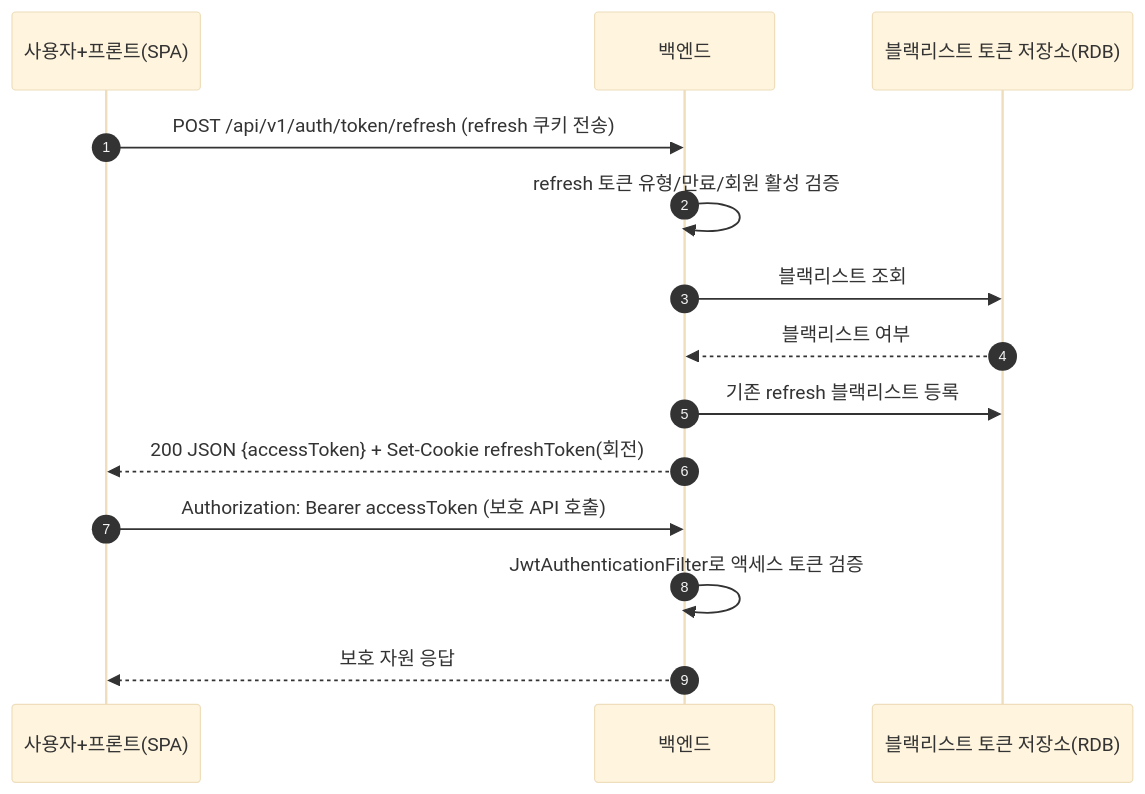
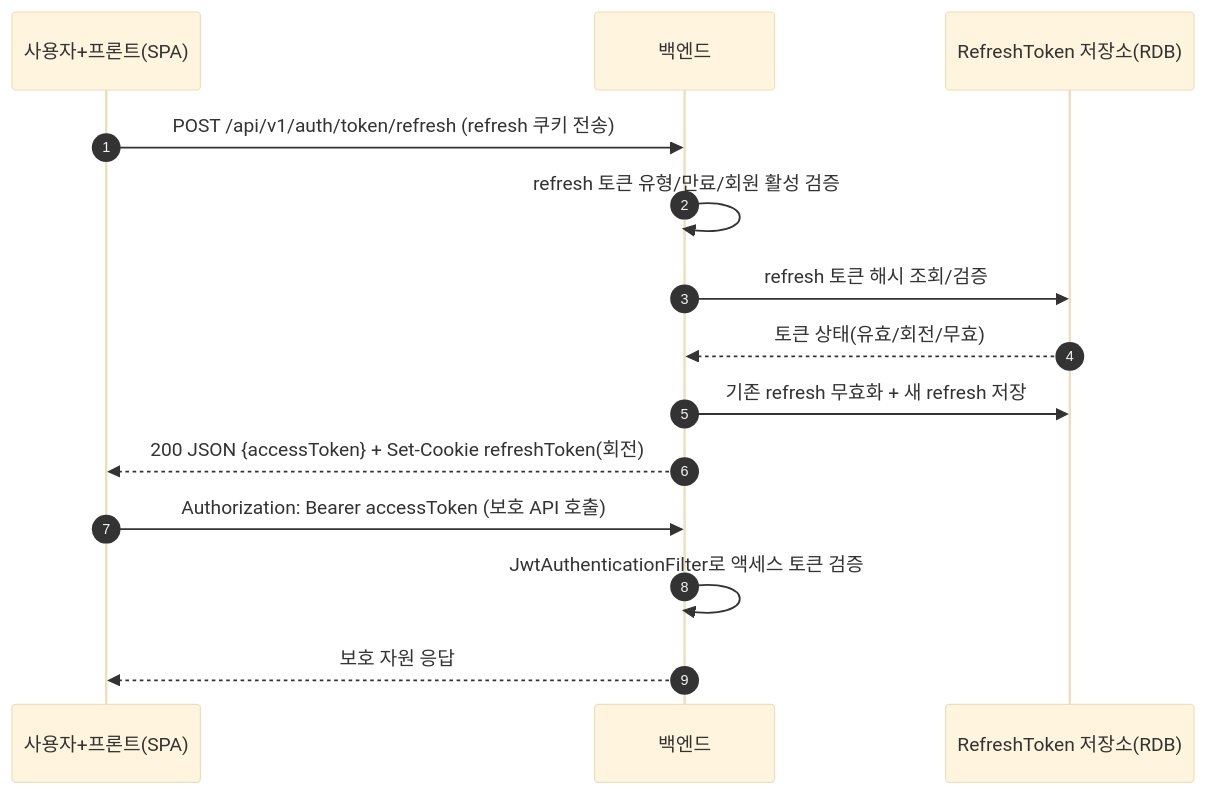
Before and after one commit to 100-hours-a-week/3-team-Tasteam-be: the third of 5 diagrams in docs/spec/tech/auth/README.md, drawn with Mermaid (base theme). The commit also changed other lines of this file, not shown here.

````diff
--- a/docs/spec/tech/auth/README.md
+++ b/docs/spec/tech/auth/README.md
@@ -260,17 +259,17 @@
 ```mermaid
 sequenceDiagram
   autonumber
   participant C as 사용자+프론트(SPA)
   participant BE as 백엔드
-  participant BL as 블랙리스트 토큰 저장소(RDB)
+  participant RT as RefreshToken 저장소(RDB)
 
   C->>BE: POST /api/v1/auth/token/refresh (refresh 쿠키 전송)
   BE->>BE: refresh 토큰 유형/만료/회원 활성 검증
-  BE->>BL: 블랙리스트 조회
-  BL-->>BE: 블랙리스트 여부
-  BE->>BL: 기존 refresh 블랙리스트 등록
+  BE->>RT: refresh 토큰 해시 조회/검증
+  RT-->>BE: 토큰 상태(유효/회전/무효)
+  BE->>RT: 기존 refresh 무효화 + 새 refresh 저장
   BE-->>C: 200 JSON {accessToken} + Set-Cookie refreshToken(회전)
   C->>BE: Authorization: Bearer accessToken (보호 API 호출)
   BE->>BE: JwtAuthenticationFilter로 액세스 토큰 검증
   BE-->>C: 보호 자원 응답
 ```
````
